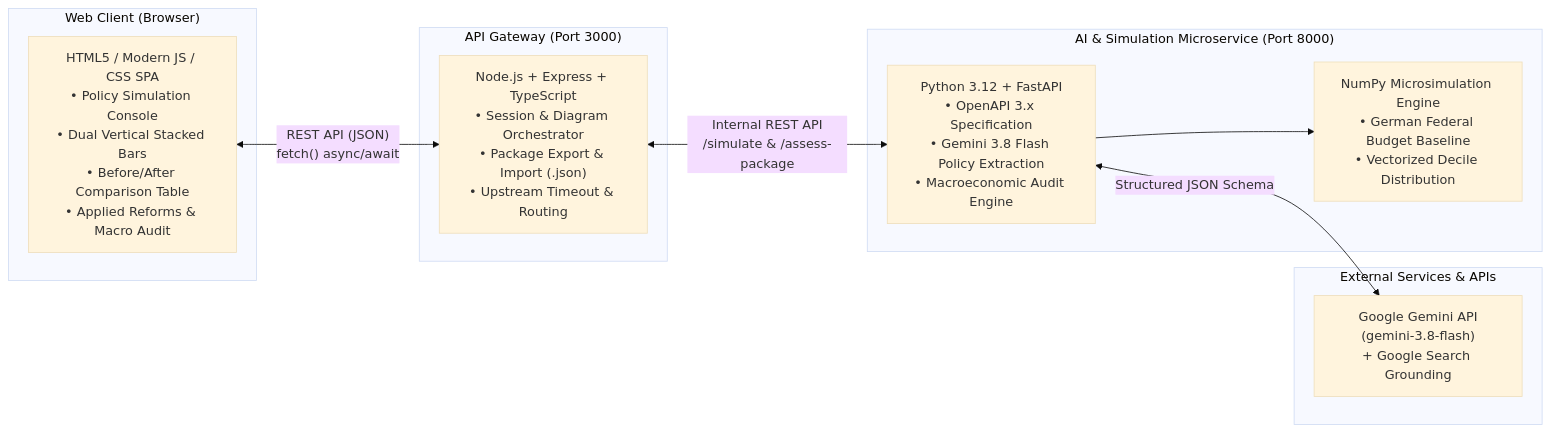
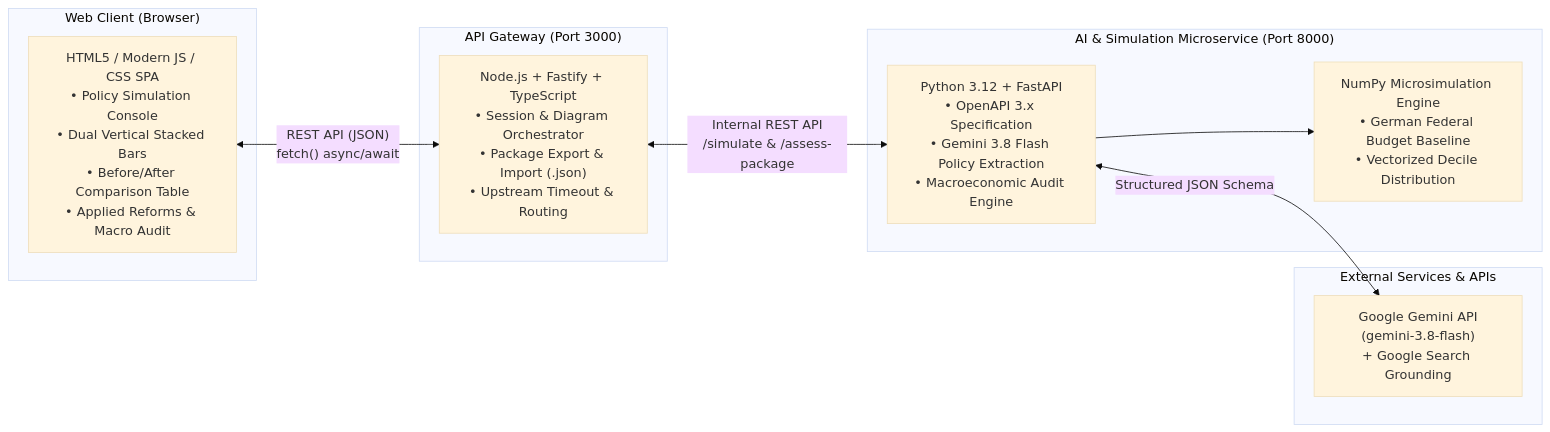
Before and after one commit to samuelm436/budgetsim: the diagram in README.md, drawn with Mermaid (base theme). The commit also changed other lines of this file and 4 other files, not shown here.

Commit message:
refactor: migrate gateway_service from Express to Fastify

````diff
--- a/README.md
+++ b/README.md
@@ -11,24 +11,24 @@
 ```mermaid
 flowchart LR
     subgraph Client["Web Client (Browser)"]
         SPA["HTML5 / Modern JS / CSS SPA<br/>• Policy Simulation Console<br/>• Dual Vertical Stacked Bars<br/>• Before/After Comparison Table<br/>• Applied Reforms & Macro Audit"]
     end
 
     subgraph Gateway["API Gateway (Port 3000)"]
-        GW["Node.js + Express + TypeScript<br/>• Session & Diagram Orchestrator<br/>• Package Export & Import (.json)<br/>• Upstream Timeout & Routing"]
+        GW["Node.js + Fastify + TypeScript<br/>• Session & Diagram Orchestrator<br/>• Package Export & Import (.json)<br/>• Upstream Timeout & Routing"]
     end
 
     subgraph Backend["AI & Simulation Microservice (Port 8000)"]
         FA["Python 3.12 + FastAPI<br/>• OpenAPI 3.x Specification<br/>• Gemini 3.8 Flash Policy Extraction<br/>• Macroeconomic Audit Engine"]
         SIM["NumPy Microsimulation Engine<br/>• German Federal Budget Baseline<br/>• Vectorized Decile Distribution"]
         FA --> SIM
     end
 
     subgraph External["External Services & APIs"]
         GEMINI["Google Gemini API<br/>(gemini-3.8-flash)<br/>+ Google Search Grounding"]
     end
 
     SPA <-->|"REST API (JSON)<br/>fetch() async/await"| GW
     GW <-->|"Internal REST API<br/>/simulate & /assess-package"| FA
     FA <-->|"Structured JSON Schema"| GEMINI
 ```
````
